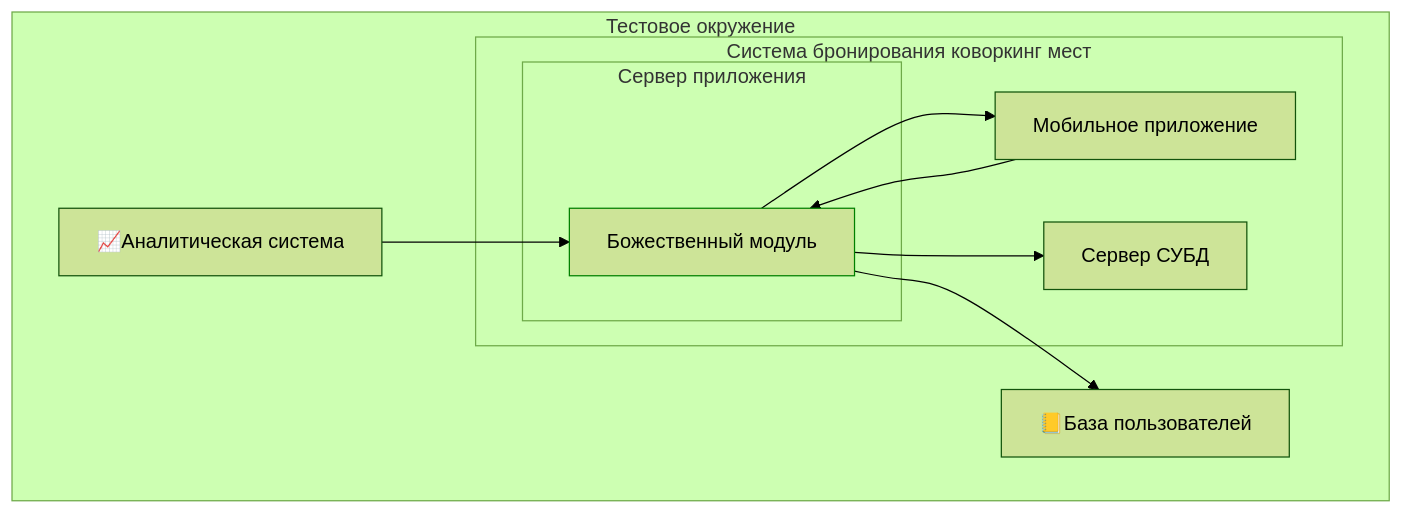
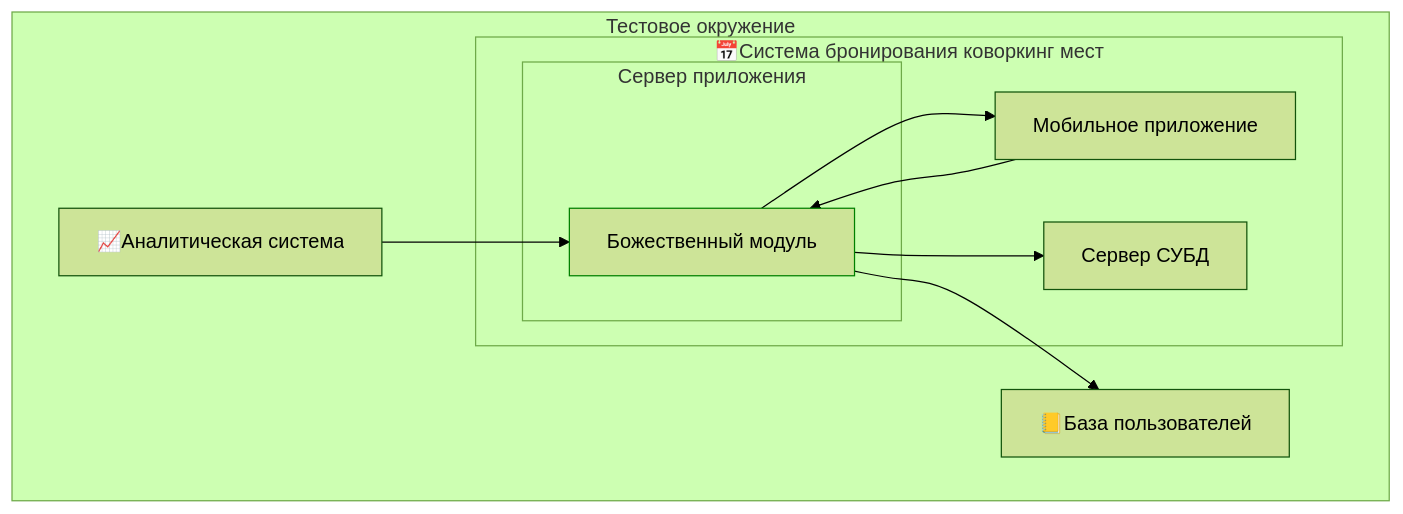
The seventh of 15 diagrams in pres.md (shiriev/unit-test-presentation), drawn with Mermaid (forest theme) before and after one commit. The commit also changed other lines of this file and 2 other files, not shown here.

````diff
--- a/pres.md
+++ b/pres.md
@@ -265,22 +336,22 @@
 ```mermaid
 flowchart TB
     subgraph test_env[Тестовое окружение]
         direction LR
         account_system[📈Аналитическая система]
         user_base[📒База пользователей]
         account_system --> god_module
         god_module --> user_base
-        subgraph br_system[Система бронирования коворкинг мест]
+        subgraph br_system[📅Система бронирования коворкинг мест]
             ui[Мобильное приложение]
             database[Сервер СУБД]
             backend[Сервер приложения]
             ui --> god_module
             god_module --> database
             god_module --> ui
             subgraph backend[Сервер приложения]
                 god_module[Божественный модуль]:::current
             end
         end
     end
     classDef current stroke:green
 ```
````
